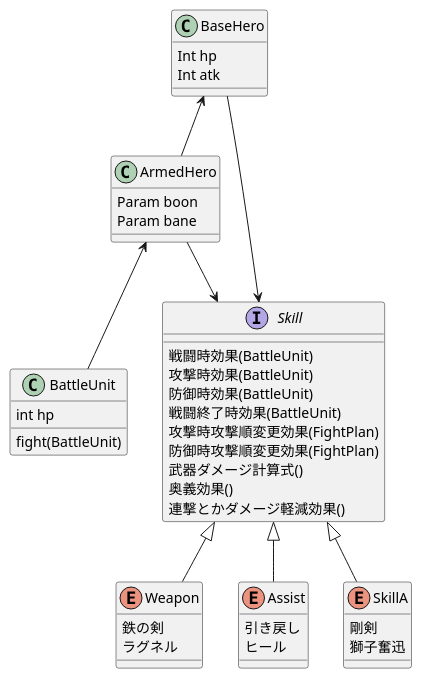
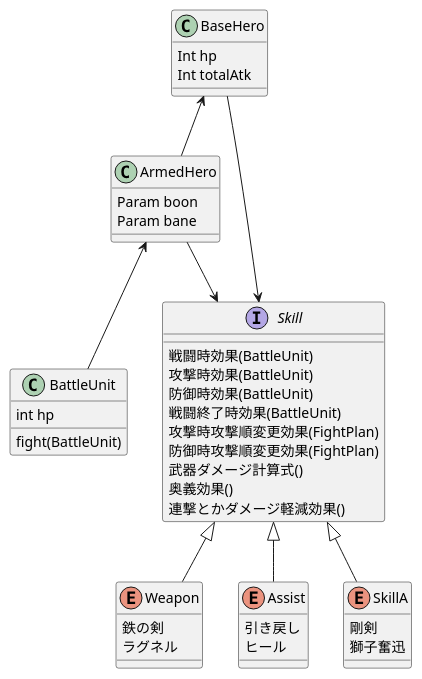
One commit to turanukimaru/fehs changed the diagram in fehsbattlemodel/uml/hero.puml. Above: the diagram before and after it, drawn with PlantUML. The commit also changed 20 other files, not shown here.

```diff
--- a/fehsbattlemodel/uml/hero.puml
+++ b/fehsbattlemodel/uml/hero.puml
@@ -1,48 +1,48 @@
 @startuml
 'scale 600 width
 
 class BaseHero{
 Int hp
-Int atk
+Int totalAtk
               }
 class ArmedHero{
     Param boon
     Param bane
 }
 class BattleUnit{
     int hp
     fight(BattleUnit)
 }
 BaseHero <-- ArmedHero
 BaseHero -->  Skill
 ArmedHero -->Skill
  ArmedHero <-- BattleUnit
 interface Skill{
 戦闘時効果(BattleUnit)
 攻撃時効果(BattleUnit)
 防御時効果(BattleUnit)
 戦闘終了時効果(BattleUnit)
 攻撃時攻撃順変更効果(FightPlan)
 防御時攻撃順変更効果(FightPlan)
 武器ダメージ計算式()
 奥義効果()
 連撃とかダメージ軽減効果()
 
 }
 enum Weapon {
 鉄の剣
 ラグネル
 }
 enum Assist {
 引き戻し
 ヒール
 }
 enum SkillA {
 剛剣
 獅子奮迅
 }
 Skill <|-- Weapon
 Skill <|-- Assist
 Skill <|-- SkillA
 
 @enduml
```
